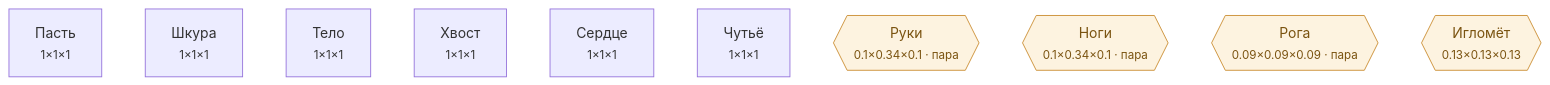
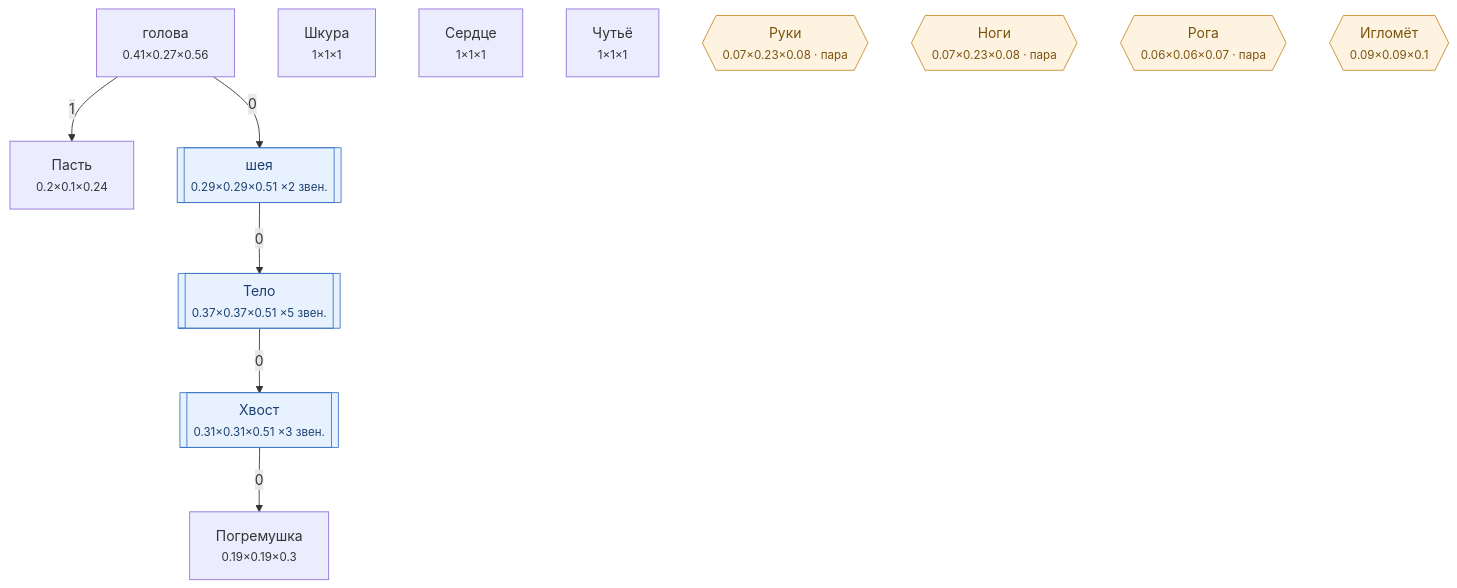
One commit to darklordshish/ChimeraEvolution-2026-06-26_15-29-59 changed the diagram in Docs/Диаграммы/Змея.md. Above: the diagram before and after it, drawn with Mermaid. The commit also changed other lines of this file and 6 other files, not shown here.

````diff
--- a/Docs/Диаграммы/Змея.md
+++ b/Docs/Диаграммы/Змея.md
@@ -18,19 +21,28 @@
 ```mermaid
 flowchart TD
-    n0["Пасть<br/><small>1×1×1</small>"]
-    n1["Шкура<br/><small>1×1×1</small>"]
-    n2["Тело<br/><small>1×1×1</small>"]
-    n3["Хвост<br/><small>1×1×1</small>"]
-    n4["Сердце<br/><small>1×1×1</small>"]
-    n5["Чутьё<br/><small>1×1×1</small>"]
-    n6{{"Руки<br/><small>0.1×0.34×0.1 · пара</small>"}}
-    n7{{"Ноги<br/><small>0.1×0.34×0.1 · пара</small>"}}
-    n8{{"Рога<br/><small>0.09×0.09×0.09 · пара</small>"}}
-    n9{{"Игломёт<br/><small>0.13×0.13×0.13</small>"}}
+    n0["голова<br/><small>0.41×0.27×0.56</small>"]
+    n1["Пасть<br/><small>0.2×0.1×0.24</small>"]
+    n2[["шея<br/><small>0.29×0.29×0.51 ×2 звен.</small>"]]
+    n3[["Тело<br/><small>0.37×0.37×0.51 ×5 звен.</small>"]]
+    n4[["Хвост<br/><small>0.31×0.31×0.51 ×3 звен.</small>"]]
+    n5["Погремушка<br/><small>0.19×0.19×0.3</small>"]
+    n6["Шкура<br/><small>1×1×1</small>"]
+    n7["Сердце<br/><small>1×1×1</small>"]
+    n8["Чутьё<br/><small>1×1×1</small>"]
+    n9{{"Руки<br/><small>0.07×0.23×0.08 · пара</small>"}}
+    n10{{"Ноги<br/><small>0.07×0.23×0.08 · пара</small>"}}
+    n11{{"Рога<br/><small>0.06×0.06×0.07 · пара</small>"}}
+    n12{{"Игломёт<br/><small>0.09×0.09×0.1</small>"}}
 
+    n0 -->|1| n1
+    n0 -->|0| n2
+    n2 -->|0| n3
+    n3 -->|0| n4
+    n4 -->|0| n5
 
     classDef hid fill:#eee,stroke:#999,stroke-dasharray:4 3,color:#666
     classDef gr fill:#fdf3e0,stroke:#c98a2b,color:#7a5310
     classDef ch fill:#e8f2ff,stroke:#3b74c4,color:#1c3f70
-    class n6,n7,n8,n9 gr
+    class n9,n10,n11,n12 gr
+    class n2,n3,n4 ch
 ```
````
